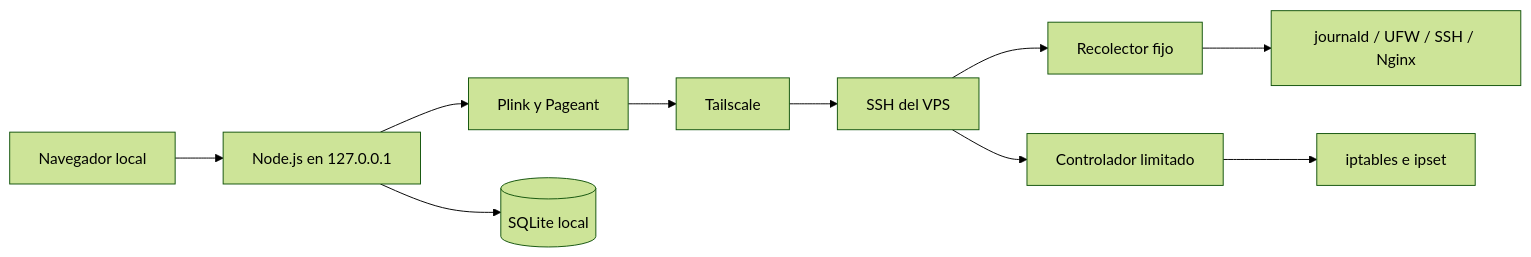
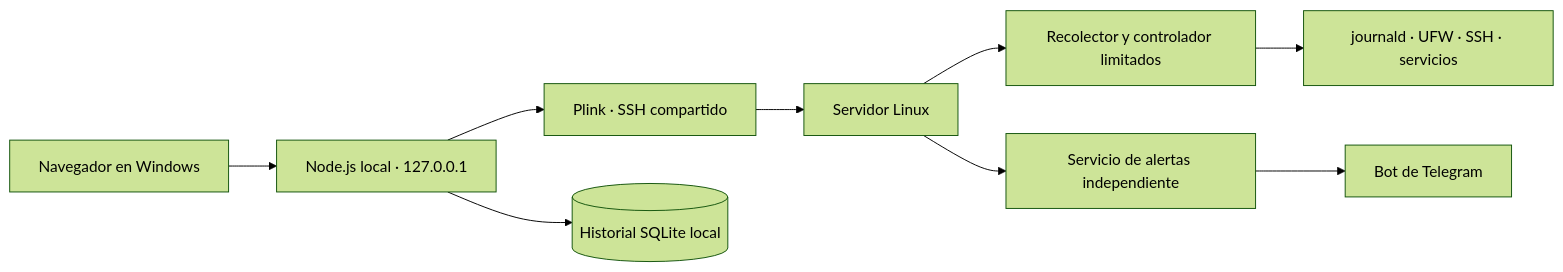
The diagram in README.md (FacuSecX/server-security), drawn with Mermaid (forest theme) before and after one commit. The commit also changed other lines of this file, not shown here.

````diff
--- a/README.md
+++ b/README.md
@@ -60,12 +60,11 @@
 ```mermaid
 flowchart LR
-    B[Navegador local] --> N[Node.js en 127.0.0.1]
-    N --> P[Plink y Pageant]
-    P --> T[Tailscale]
-    T --> S[SSH del VPS]
-    S --> C[Recolector fijo]
-    S --> K[Controlador limitado]
-    C --> J[journald / UFW / SSH / Nginx]
-    K --> F[iptables e ipset]
-    N --> D[(SQLite local)]
+    Browser[Navegador en Windows] --> Node[Node.js local · 127.0.0.1]
+    Node --> Plink[Plink · SSH compartido]
+    Plink --> Linux[Servidor Linux]
+    Linux --> Collector[Recolector y controlador limitados]
+    Collector --> Logs[journald · UFW · SSH · servicios]
+    Node --> SQLite[(Historial SQLite local)]
+    Linux --> Alerts[Servicio de alertas independiente]
+    Alerts --> Telegram[Bot de Telegram]
 ```
````
